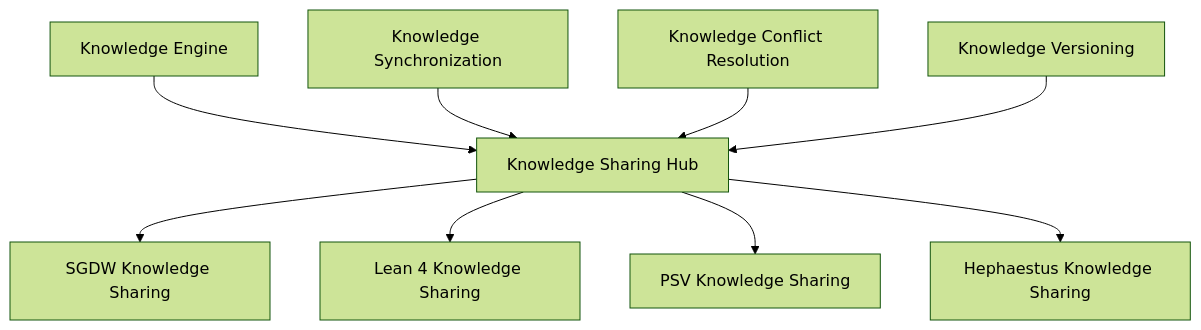
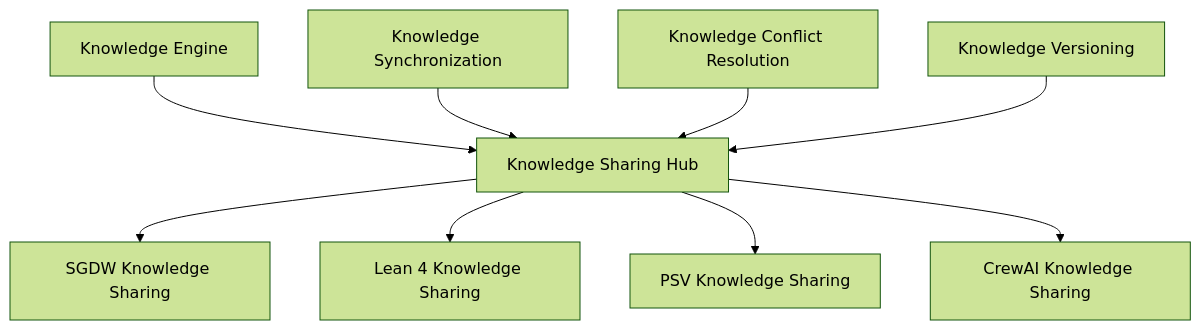
Before and after one commit to jazir555/OpenEvolveFrontend: diagram 17 of 33 in docs/knowledge_engine/KNOWLEDGE_ENGINE_INTEGRATION_GUIDE.md, drawn with Mermaid (forest theme). The commit also changed other lines of this file and 631 other files, not shown here.

````diff
--- a/docs/knowledge_engine/KNOWLEDGE_ENGINE_INTEGRATION_GUIDE.md
+++ b/docs/knowledge_engine/KNOWLEDGE_ENGINE_INTEGRATION_GUIDE.md
@@ -476,12 +476,12 @@
 ```mermaid
 graph TD
     A[Knowledge Engine] --> B[Knowledge Sharing Hub]
     B --> C[SGDW Knowledge Sharing]
     B --> D[Lean 4 Knowledge Sharing]
     B --> E[PSV Knowledge Sharing]
-    B --> F[Hephaestus Knowledge Sharing]
+    B --> F[CrewAI Knowledge Sharing]
     
     G[Knowledge Synchronization] --> B
     H[Knowledge Conflict Resolution] --> B
     I[Knowledge Versioning] --> B
 ```
````
